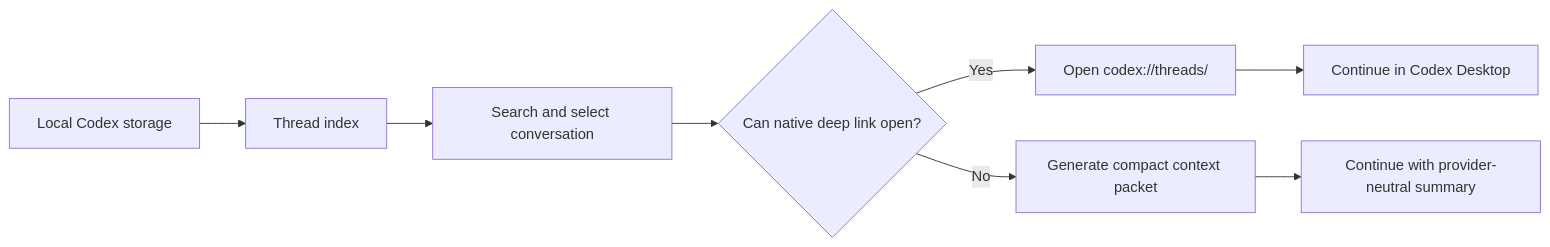
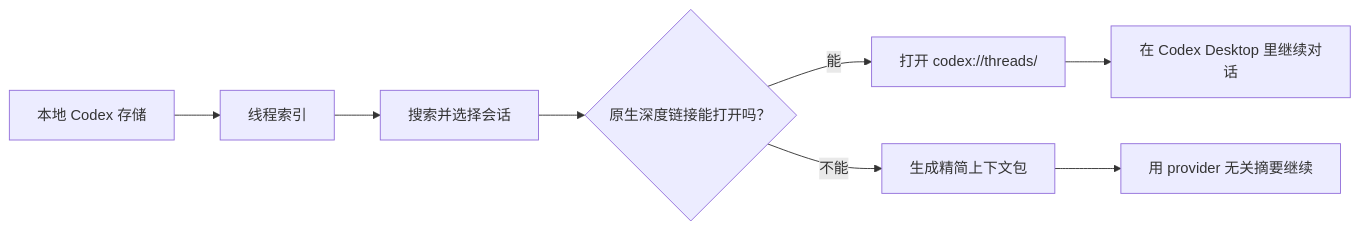
The diagram in README.md (ayu9478/codex-desktop-provider-ctx-persist), drawn with Mermaid before and after one commit. The commit also changed other lines of this file and 14 other files, not shown here.

````diff
--- a/README.md
+++ b/README.md
@@ -65,10 +67,10 @@
 ```mermaid
 flowchart LR
-    A["Local Codex storage"] --> B["Thread index"]
-    B --> C["Search and select conversation"]
-    C --> D{"Can native deep link open?"}
-    D -- "Yes" --> E["Open codex://threads/<thread-id>"]
-    E --> F["Continue in Codex Desktop"]
-    D -- "No" --> G["Generate compact context packet"]
-    G --> H["Continue with provider-neutral summary"]
+    A["本地 Codex 存储"] --> B["线程索引"]
+    B --> C["搜索并选择会话"]
+    C --> D{"原生深度链接能打开吗？"}
+    D -- "能" --> E["打开 codex://threads/<thread-id>"]
+    E --> F["在 Codex Desktop 里继续对话"]
+    D -- "不能" --> G["生成精简上下文包"]
+    G --> H["用 provider 无关摘要继续"]
 ```
````
